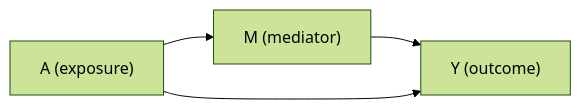
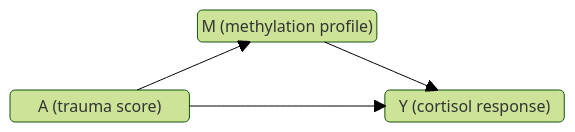
The diagram in website/data-submissions/simulated-dgp/EXAMPLE.md (Statsinference/Statistical-Intelligence-Arena), drawn with Mermaid (forest theme) before and after one commit. The commit also changed other lines of this file and 10 other files, not shown here.

Commit message:
Use triangular causal diagrams and define structural symbols

````diff
--- a/website/data-submissions/simulated-dgp/EXAMPLE.md
+++ b/website/data-submissions/simulated-dgp/EXAMPLE.md
@@ -17,6 +17,10 @@
 ```mermaid
-flowchart LR
-    A["A (exposure)"] --> M["M (mediator)"]
-    M --> Y["Y (outcome)"]
-    A --> Y
+block-beta
+  columns 3
+  space M("M (methylation profile)") space
+  space:3
+  A("A (trauma score)") space Y("Y (cortisol response)")
+  A --> Y
+  A --> M
+  M --> Y
 ```
````
